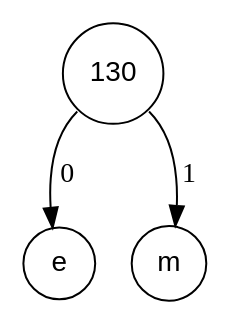
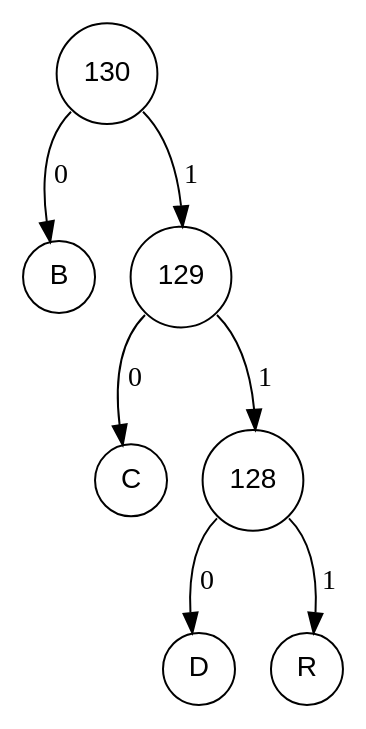
The diagram in fichiers_viz/arbre_codage_etape_3.dot (Procuste34/codage_huffman_c), drawn with Graphviz before and after one commit. The commit also changed 22 other files, not shown here.

```diff
--- a/fichiers_viz/arbre_codage_etape_3.dot
+++ b/fichiers_viz/arbre_codage_etape_3.dot
@@ -1,8 +1,16 @@
 digraph POT_test {
 node [fontname="Arial", shape="circle", width=0.5];
 130 [label = "130"]
-101 [label = "e"]
-109 [label = "m"]
-130:sw -> 101 [label = " 0"]
-130:se -> 109 [label = " 1"]
+66 [label = "B"]
+129 [label = "129"]
+67 [label = "C"]
+128 [label = "128"]
+68 [label = "D"]
+82 [label = "R"]
+128:sw -> 68 [label = " 0"]
+128:se -> 82 [label = " 1"]
+129:sw -> 67 [label = " 0"]
+129:se -> 128 [label = " 1"]
+130:sw -> 66 [label = " 0"]
+130:se -> 129 [label = " 1"]
 }
```
